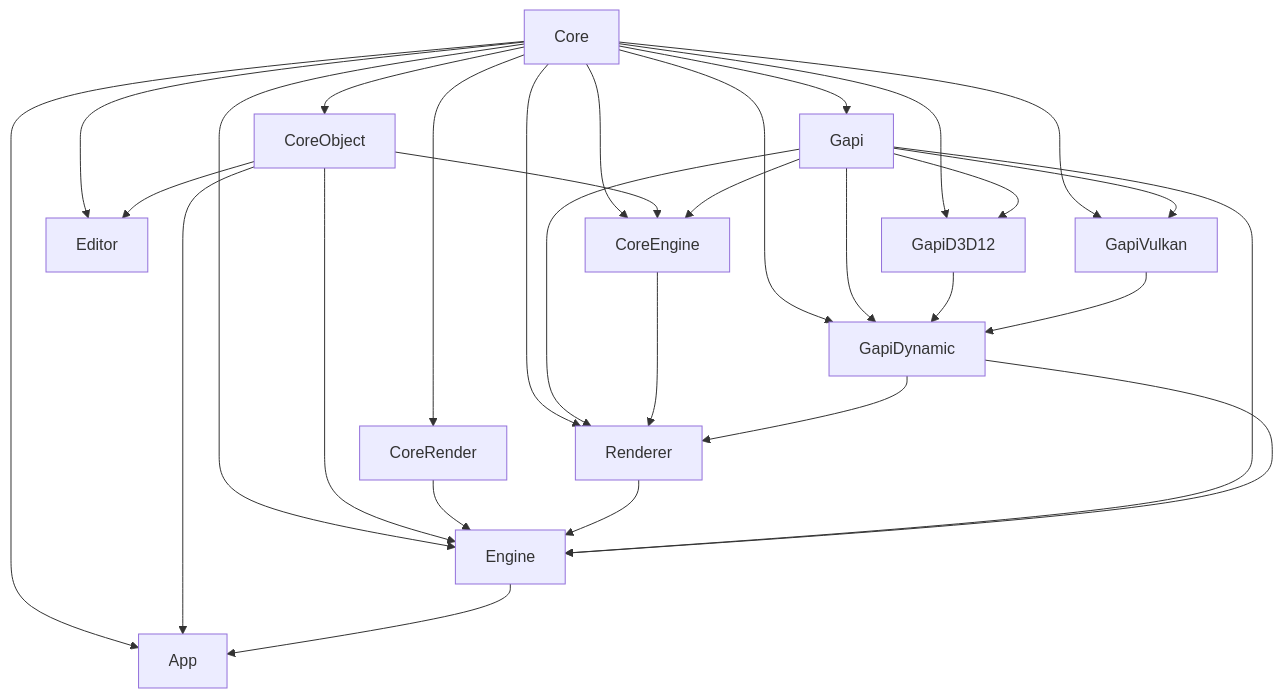
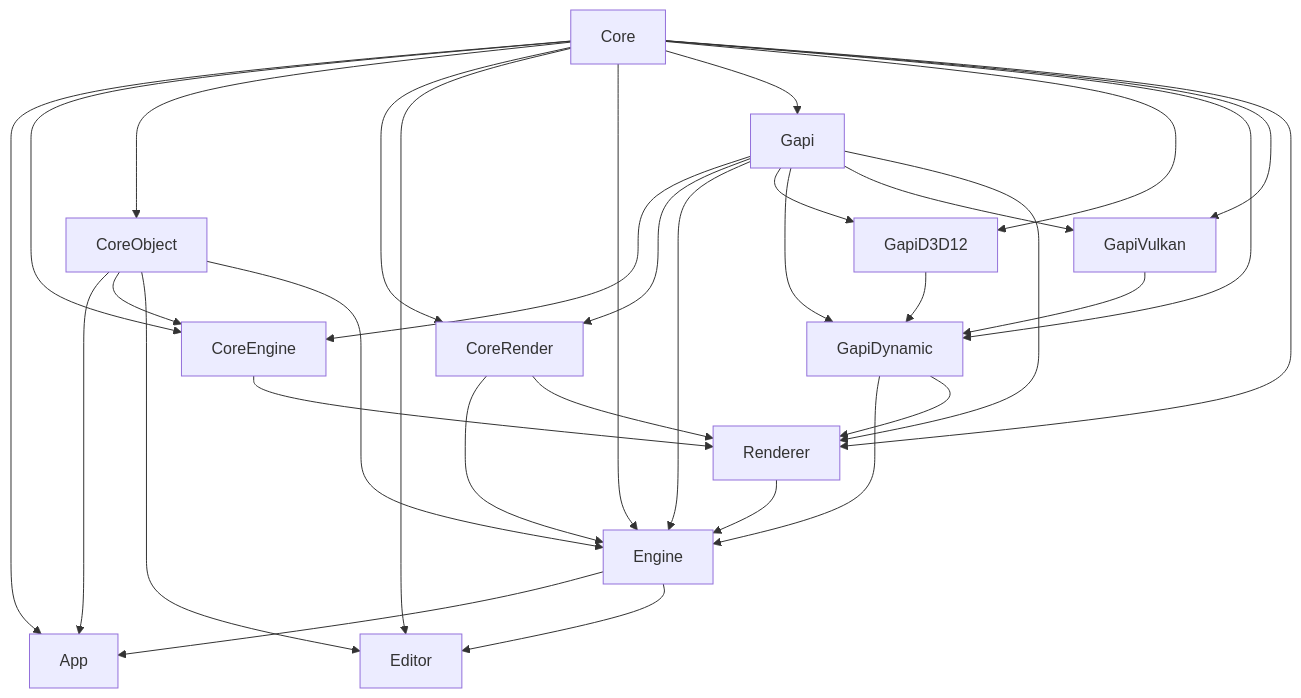
Before and after one commit to hellokenlee/NeneEngine2: the diagram in README.md, drawn with Mermaid. The commit also changed 49 other files, not shown here.

````diff
--- a/README.md
+++ b/README.md
@@ -92,32 +92,35 @@
 ```mermaid
 graph TD
   Core --> App
   CoreObject --> App
   Engine --> App
   Core --> CoreEngine
   CoreObject --> CoreEngine
   Gapi --> CoreEngine
   Core --> CoreObject
   Core --> CoreRender
+  Gapi --> CoreRender
   Core --> Editor
   CoreObject --> Editor
+  Engine --> Editor
   Core --> Engine
   CoreObject --> Engine
   CoreRender --> Engine
   Renderer --> Engine
   Gapi --> Engine
   GapiDynamic --> Engine
   Core --> Gapi
   Core --> GapiD3D12
   Gapi --> GapiD3D12
   Core --> GapiDynamic
   Gapi --> GapiDynamic
   GapiD3D12 --> GapiDynamic
   GapiVulkan --> GapiDynamic
   Core --> GapiVulkan
   Gapi --> GapiVulkan
   Core --> Renderer
   Gapi --> Renderer
   CoreEngine --> Renderer
+  CoreRender --> Renderer
   GapiDynamic --> Renderer
 ```
````
